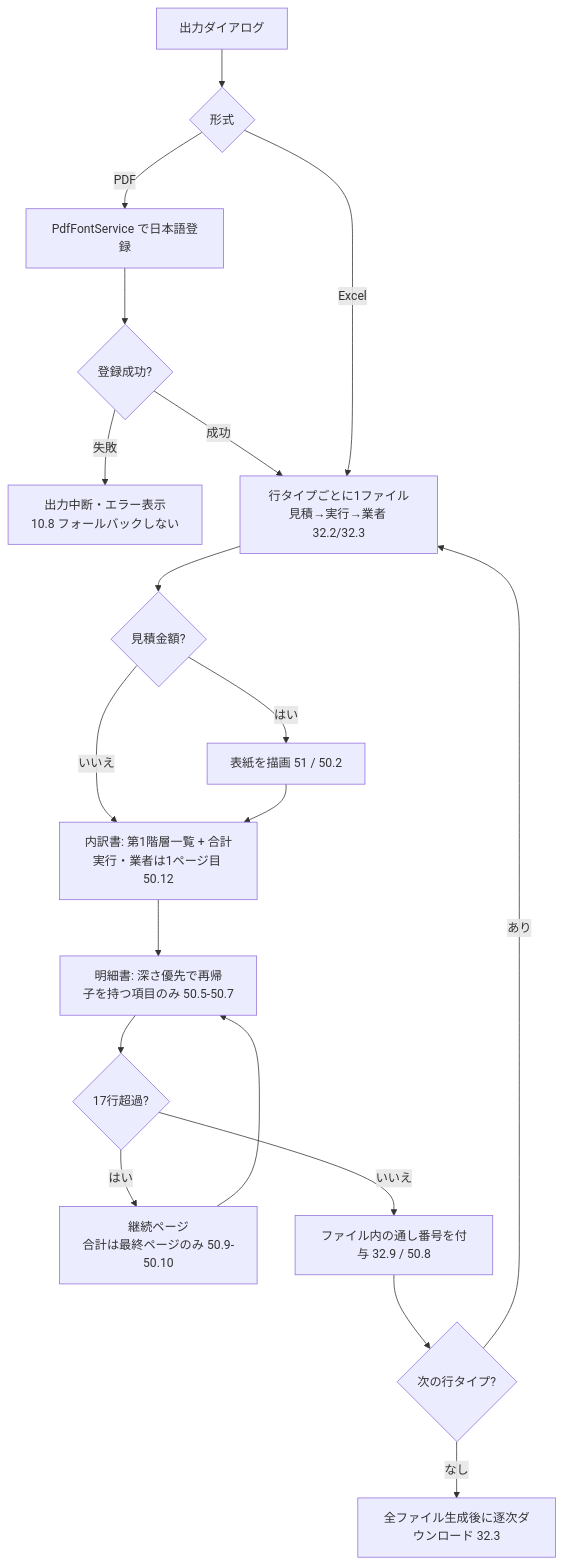
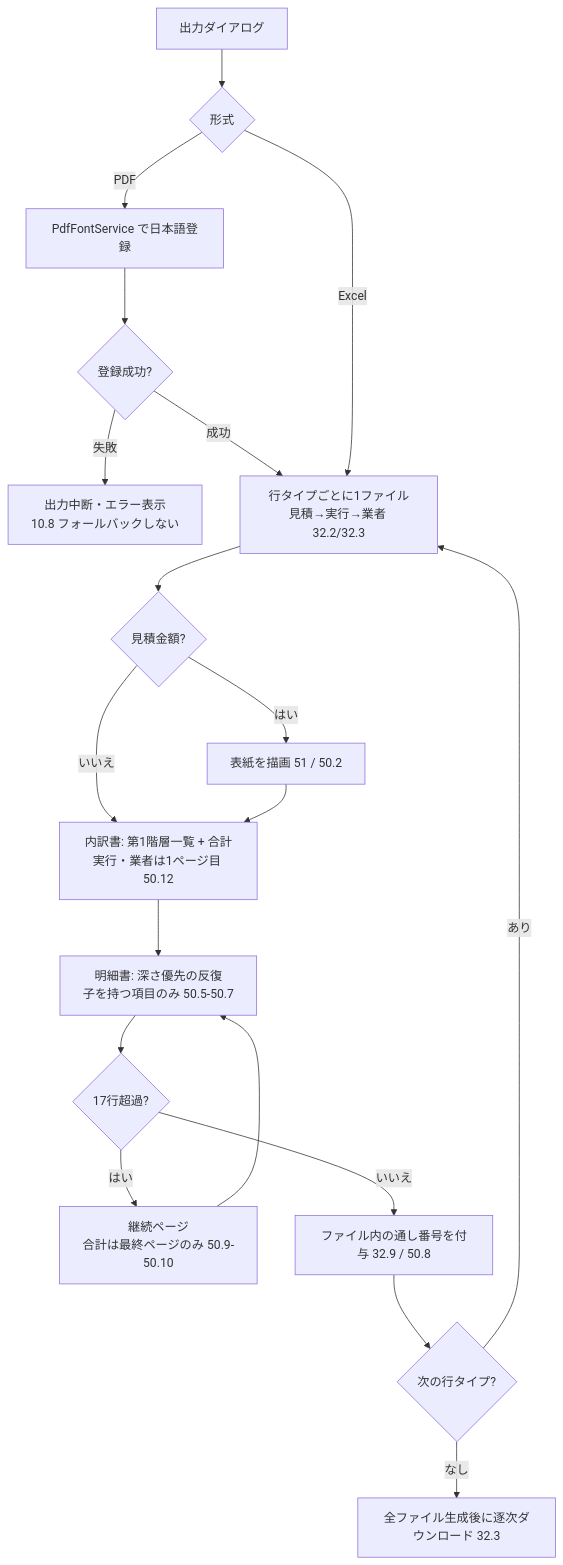
Diagram 12 of 14 in .kiro/specs/estimate-creation/design.md (inakanou/ArchiTrack), drawn with Mermaid before and after one commit. The commit also changed other lines of this file and 5 other files, not shown here.

````diff
--- a/.kiro/specs/estimate-creation/design.md
+++ b/.kiro/specs/estimate-creation/design.md
@@ -3859,21 +3859,21 @@
 ```mermaid
 flowchart TD
     A[出力ダイアログ] --> B{形式}
     B -- PDF --> C[PdfFontService で日本語登録]
     C --> D{登録成功?}
     D -- 失敗 --> E[出力中断・エラー表示<br/>10.8 フォールバックしない]
     D -- 成功 --> F[行タイプごとに1ファイル<br/>見積→実行→業者 32.2/32.3]
     B -- Excel --> F
     F --> G{見積金額?}
     G -- はい --> G1[表紙を描画 51 / 50.2]
     G -- いいえ --> H
     G1 --> H[内訳書: 第1階層一覧 + 合計<br/>実行・業者は1ページ目 50.12]
-    H --> I[明細書: 深さ優先で再帰<br/>子を持つ項目のみ 50.5-50.7]
+    H --> I[明細書: 深さ優先の反復<br/>子を持つ項目のみ 50.5-50.7]
     I --> J{17行超過?}
     J -- はい --> K[継続ページ<br/>合計は最終ページのみ 50.9-50.10]
     K --> I
     J -- いいえ --> M[ファイル内の通し番号を付与 32.9 / 50.8]
     M --> L{次の行タイプ?}
     L -- あり --> F
     L -- なし --> N[全ファイル生成後に逐次ダウンロード 32.3]
 ```
````
